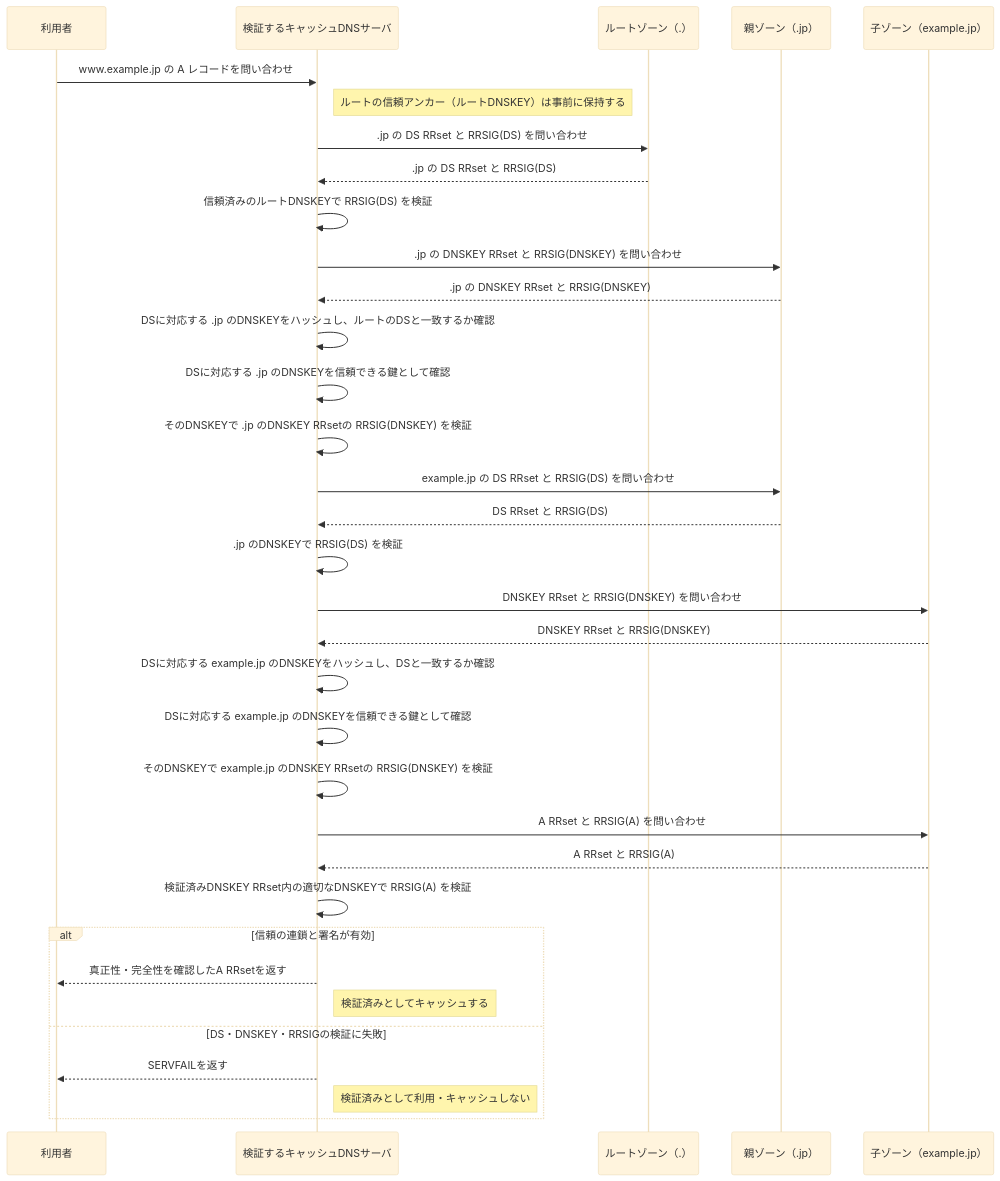
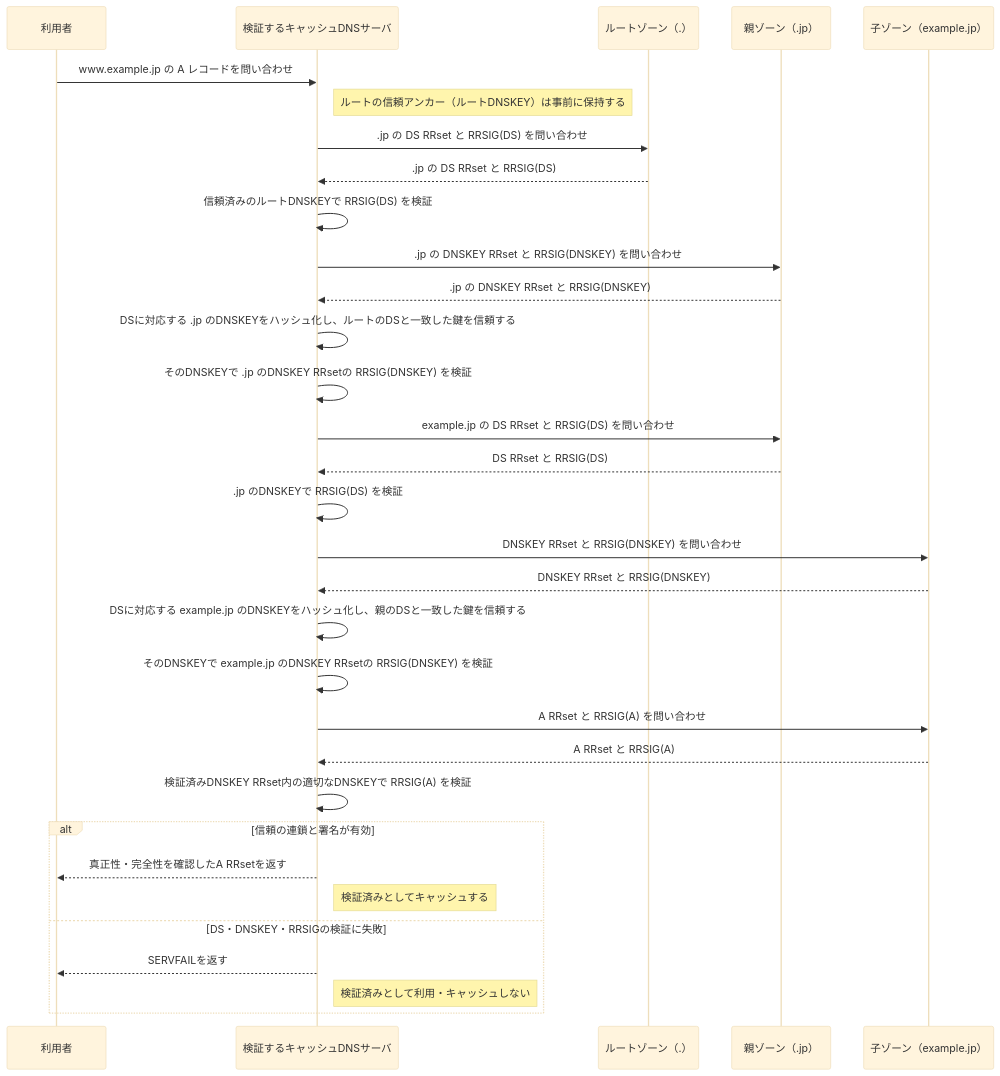
One commit to ryusuke2003/security-specialist-study changed the diagram in 復習用/流れ図/DNSSEC.md. Above: the diagram before and after it, drawn with Mermaid (base theme). The commit also changed 1 other file, not shown here.

Commit message:
DNSSECについての深掘り

````diff
--- a/復習用/流れ図/DNSSEC.md
+++ b/復習用/流れ図/DNSSEC.md
@@ -3,38 +3,36 @@
 ```mermaid
 sequenceDiagram
     participant U as 利用者
     participant R as 検証するキャッシュDNSサーバ
     participant Z as ルートゾーン（.）
     participant P as 親ゾーン（.jp）
     participant A as 子ゾーン（example.jp）
 
     U->>R: www.example.jp の A レコードを問い合わせ
     Note right of R: ルートの信頼アンカー（ルートDNSKEY）は事前に保持する
     R->>Z: .jp の DS RRset と RRSIG(DS) を問い合わせ
     Z-->>R: .jp の DS RRset と RRSIG(DS)
     R->>R: 信頼済みのルートDNSKEYで RRSIG(DS) を検証
     R->>P: .jp の DNSKEY RRset と RRSIG(DNSKEY) を問い合わせ
     P-->>R: .jp の DNSKEY RRset と RRSIG(DNSKEY)
-    R->>R: DSに対応する .jp のDNSKEYをハッシュし、ルートのDSと一致するか確認
-    R->>R: DSに対応する .jp のDNSKEYを信頼できる鍵として確認
+    R->>R: DSに対応する .jp のDNSKEYをハッシュ化し、ルートのDSと一致した鍵を信頼する
     R->>R: そのDNSKEYで .jp のDNSKEY RRsetの RRSIG(DNSKEY) を検証
     R->>P: example.jp の DS RRset と RRSIG(DS) を問い合わせ
     P-->>R: DS RRset と RRSIG(DS)
     R->>R: .jp のDNSKEYで RRSIG(DS) を検証
     R->>A: DNSKEY RRset と RRSIG(DNSKEY) を問い合わせ
     A-->>R: DNSKEY RRset と RRSIG(DNSKEY)
-    R->>R: DSに対応する example.jp のDNSKEYをハッシュし、DSと一致するか確認
-    R->>R: DSに対応する example.jp のDNSKEYを信頼できる鍵として確認
+    R->>R: DSに対応する example.jp のDNSKEYをハッシュ化し、親のDSと一致した鍵を信頼する
     R->>R: そのDNSKEYで example.jp のDNSKEY RRsetの RRSIG(DNSKEY) を検証
     R->>A: A RRset と RRSIG(A) を問い合わせ
     A-->>R: A RRset と RRSIG(A)
     R->>R: 検証済みDNSKEY RRset内の適切なDNSKEYで RRSIG(A) を検証
 
     alt 信頼の連鎖と署名が有効
         R-->>U: 真正性・完全性を確認したA RRsetを返す
         Note right of R: 検証済みとしてキャッシュする
     else DS・DNSKEY・RRSIGの検証に失敗
         R-->>U: SERVFAILを返す
         Note right of R: 検証済みとして利用・キャッシュしない
     end
 ```
````
